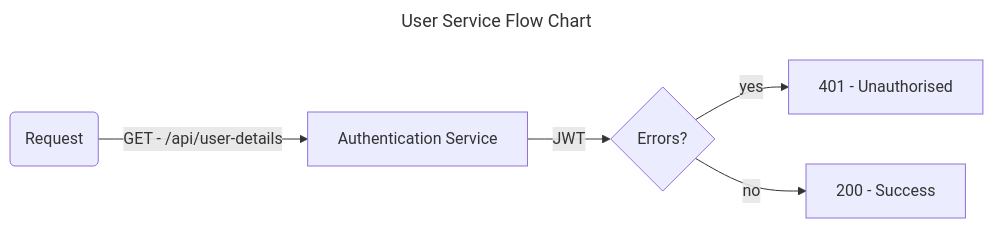
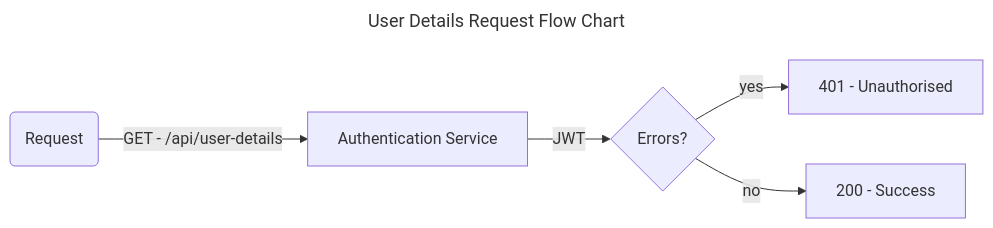
One commit to darrylmorton/ct-iot-user-service-k8s changed the fourth of 4 diagrams in docs/DIAGRAMS.md. Above: the diagram before and after it, drawn with Mermaid. The commit also changed other lines of this file, not shown here.

Commit message:
Update DIAGRAMS.md (#26)

````diff
--- a/docs/DIAGRAMS.md
+++ b/docs/DIAGRAMS.md
@@ -39,11 +39,11 @@
 ```mermaid
 ---
-title: User Service Flow Chart
+title: User Details Request Flow Chart
 ---
 
 flowchart LR
     HttpRequest(Request) -->|GET - /api/user-details| AuthenticationService[Authentication Service]
     AuthenticationService -->|JWT| Errors{Errors?}
     Errors -->|yes| UnauthorisedResponse[401 - Unauthorised]
     Errors -->|no| SuccessResponse[200 - Success]
 ```
````
